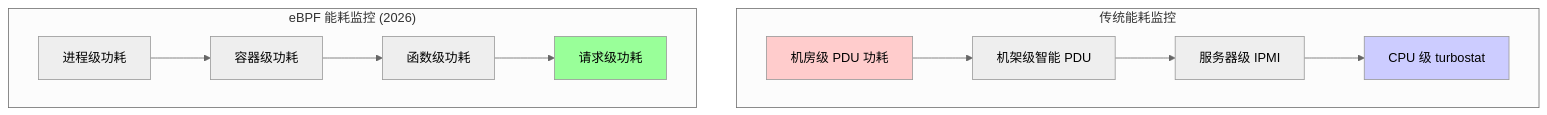
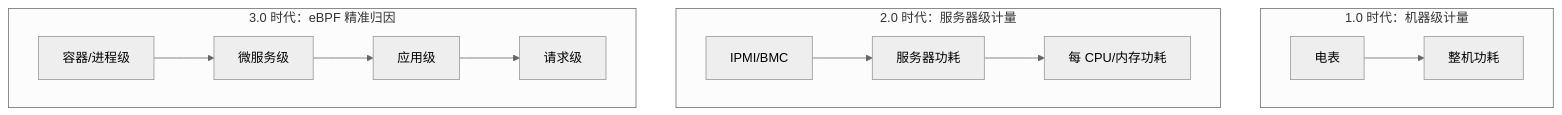
Before and after one commit to hlwqds/hl-ljj-quartz: the first of 4 diagrams in content/2026-04-08-ebpf-deep-dive-ch37-green-computing.md, drawn with Mermaid (neutral theme). The commit also changed other lines of this file and 618 other files, not shown here.

````diff
--- a/content/2026-04-08-ebpf-deep-dive-ch37-green-computing.md
+++ b/content/2026-04-08-ebpf-deep-dive-ch37-green-computing.md
@@ -75,21 +80,18 @@
 ```mermaid
 graph TB
-    subgraph "传统能耗监控"
-    T1[机房级 PDU 功耗]
-    T2[机架级智能 PDU]
-    T3[服务器级 IPMI]
-    T4[CPU 级 turbostat]
-    T1 --> T2 --> T3 --> T4
-    style T1 fill:#ffcccc
-    style T4 fill:#ccccff
-end
+    subgraph "1.0 时代：机器级计量"
+        M1[电表] --> R1[整机功耗]
+    end
 
-    subgraph "eBPF 能耗监控 (2026)"
-    E1[进程级功耗]
-    E2[容器级功耗]
-    E3[函数级功耗]
-    E4[请求级功耗]
-    E1 --> E2 --> E3 --> E4
-    style E4 fill:#99ff99
-end
+    subgraph "2.0 时代：服务器级计量"
+        IPMI[IPMI/BMC] --> R2[服务器功耗]
+        R2 --> Per[每 CPU/内存功耗]
+    end
+
+    subgraph "3.0 时代：eBPF 精准归因"
+        R3[容器/进程级]
+        R3 --> SVC[微服务级]
+        SVC --> APP[应用级]
+        APP --> REQ[请求级]
+    end
 ```
````
